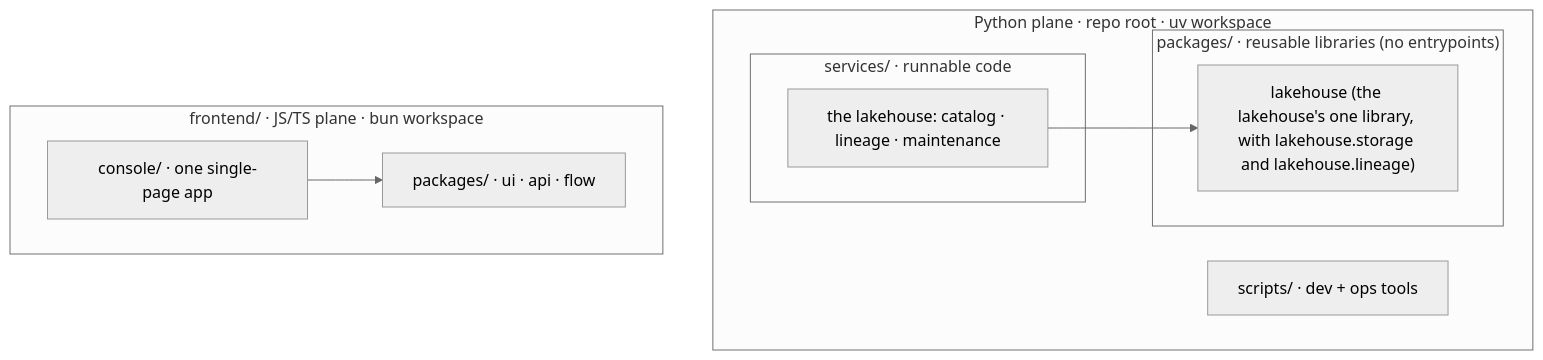
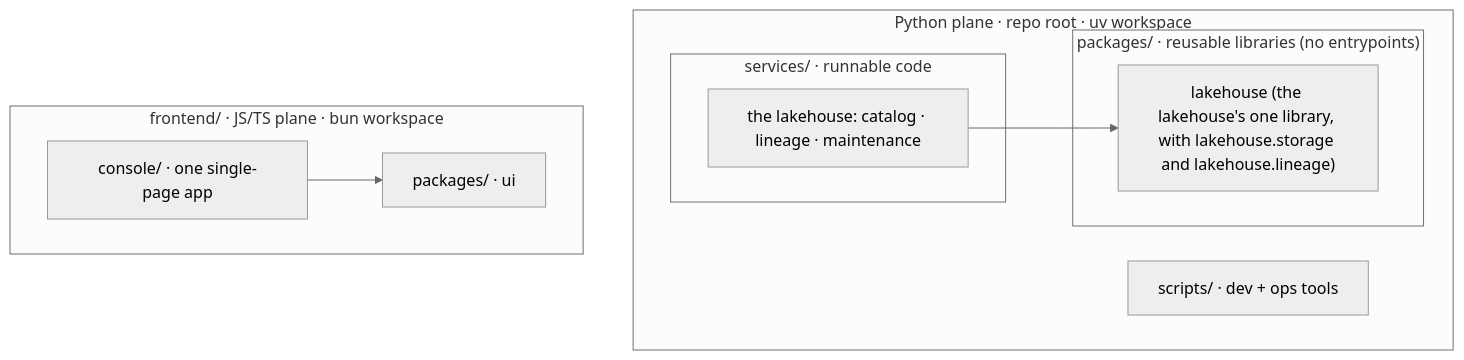
Before and after one commit to AI-Riksarkivet/rask: the diagram in docs/architecture/layout.md, drawn with Mermaid (neutral theme). The commit also changed other lines of this file and 119 other files, not shown here.

````diff
--- a/docs/architecture/layout.md
+++ b/docs/architecture/layout.md
@@ -12,18 +12,18 @@
 ```mermaid
 flowchart TD
     subgraph py["Python plane · repo root · uv workspace"]
         subgraph services["services/ · runnable code"]
             lake["the lakehouse: catalog · lineage · maintenance"]
         end
         subgraph packages["packages/ · reusable libraries (no entrypoints)"]
             plh["lakehouse (the lakehouse's one library, with lakehouse.storage and lakehouse.lineage)"]
         end
         cx["scripts/ · dev + ops tools"]
     end
     subgraph js["frontend/ · JS/TS plane · bun workspace"]
         app["console/ · one single-page app"]
-        fpk["packages/ · ui · api · flow"]
+        fpk["packages/ · ui"]
     end
     lake --> plh
     app --> fpk
 ```
````
